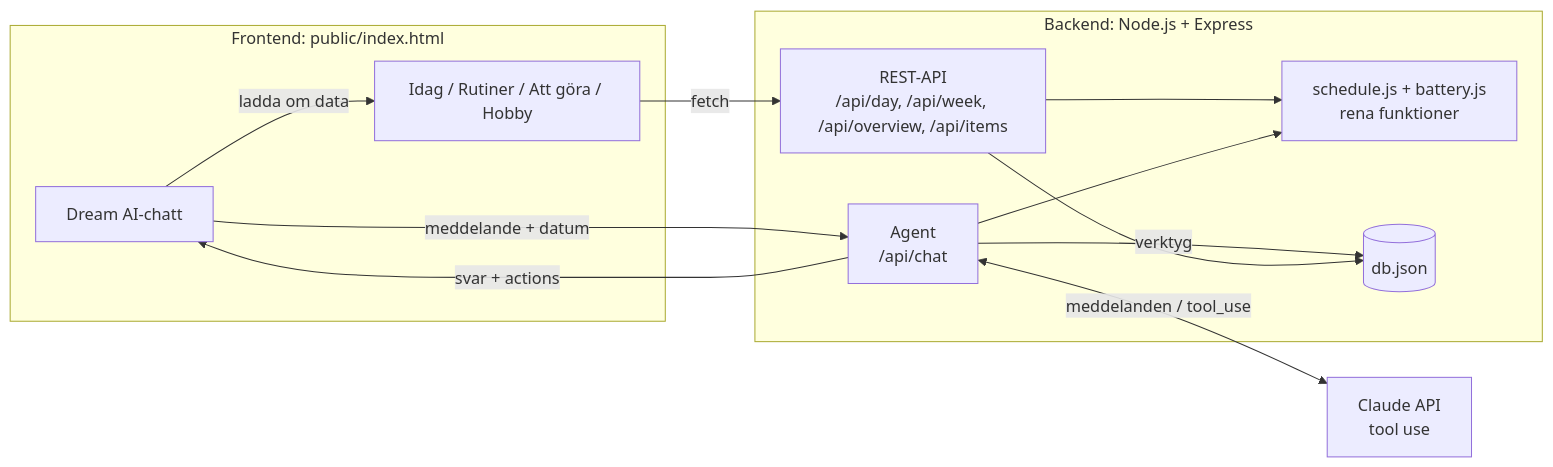
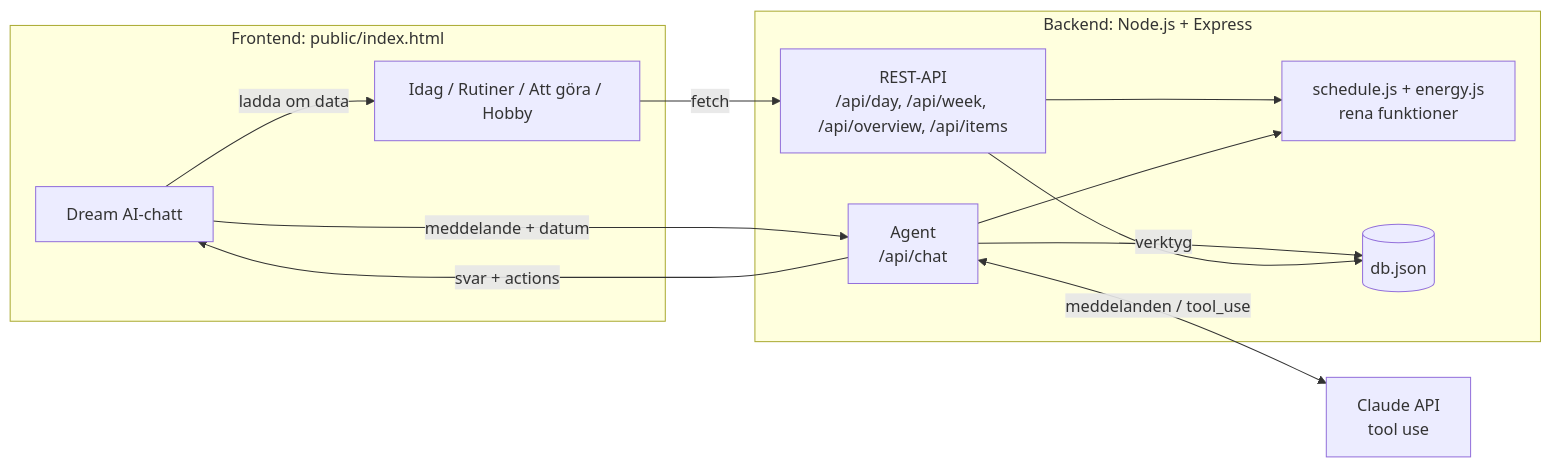
The first of 2 diagrams in docs/arkitektur.md (AJex-21/Dream-AI), drawn with Mermaid before and after one commit. The commit also changed other lines of this file and 11 other files, not shown here.

````diff
--- a/docs/arkitektur.md
+++ b/docs/arkitektur.md
@@ -5,24 +5,24 @@
 ```mermaid
 flowchart LR
   subgraph Mobil-UI [Frontend: public/index.html]
     UI[Idag / Rutiner / Att göra / Hobby]
     CHAT[Dream AI-chatt]
   end
   subgraph Server [Backend: Node.js + Express]
     REST[REST-API<br>/api/day, /api/week, /api/overview, /api/items]
     AG[Agent<br>/api/chat]
-    LOGIC[schedule.js + battery.js<br>rena funktioner]
+    LOGIC[schedule.js + energy.js<br>rena funktioner]
     DB[(db.json)]
   end
   LLM[Claude API<br>tool use]
 
   UI -- fetch --> REST
   CHAT -- meddelande + datum --> AG
   AG <-- meddelanden / tool_use --> LLM
   AG -- verktyg --> DB
   REST --> DB
   REST --> LOGIC
   AG --> LOGIC
   AG -- svar + actions --> CHAT
   CHAT -- ladda om data --> UI
 ```
````
